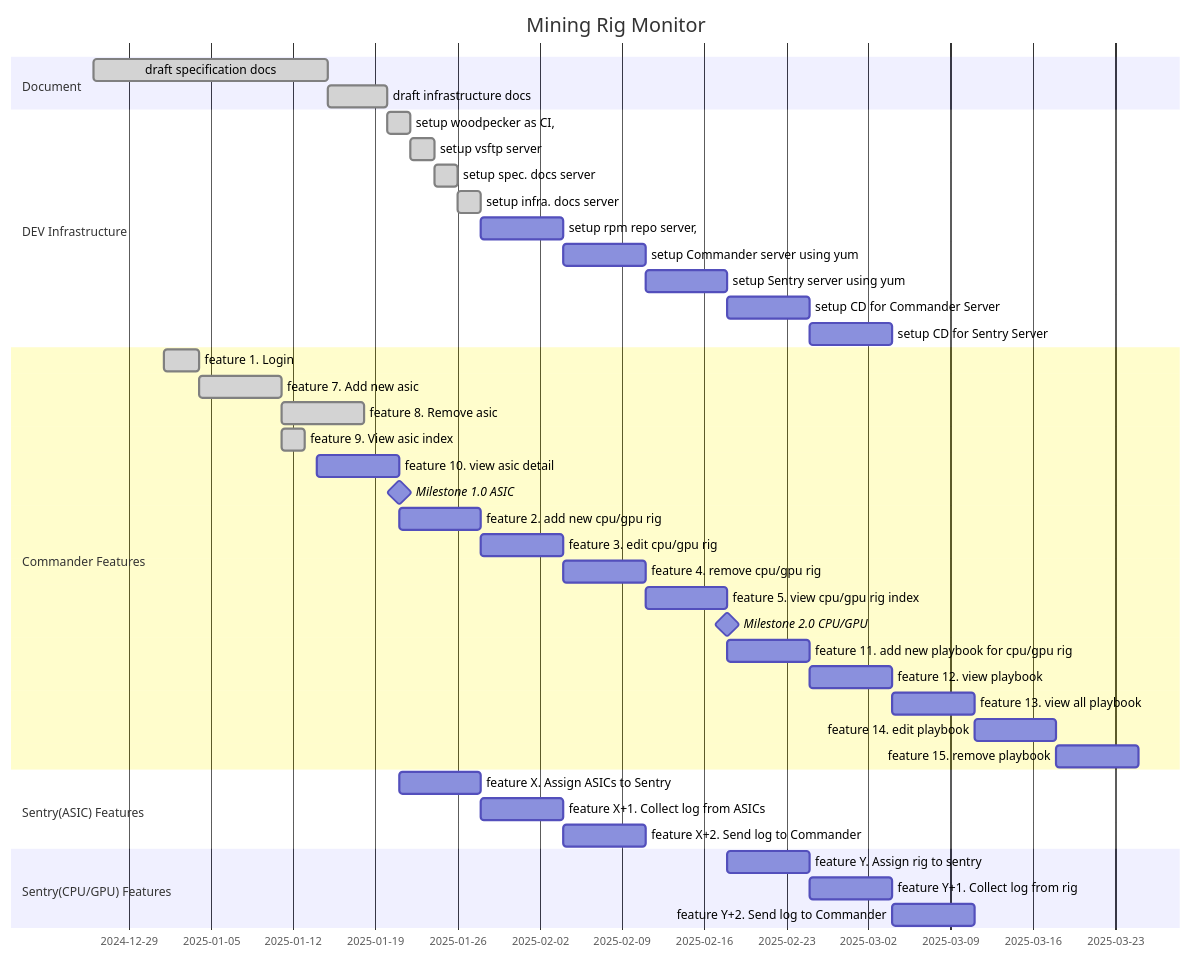
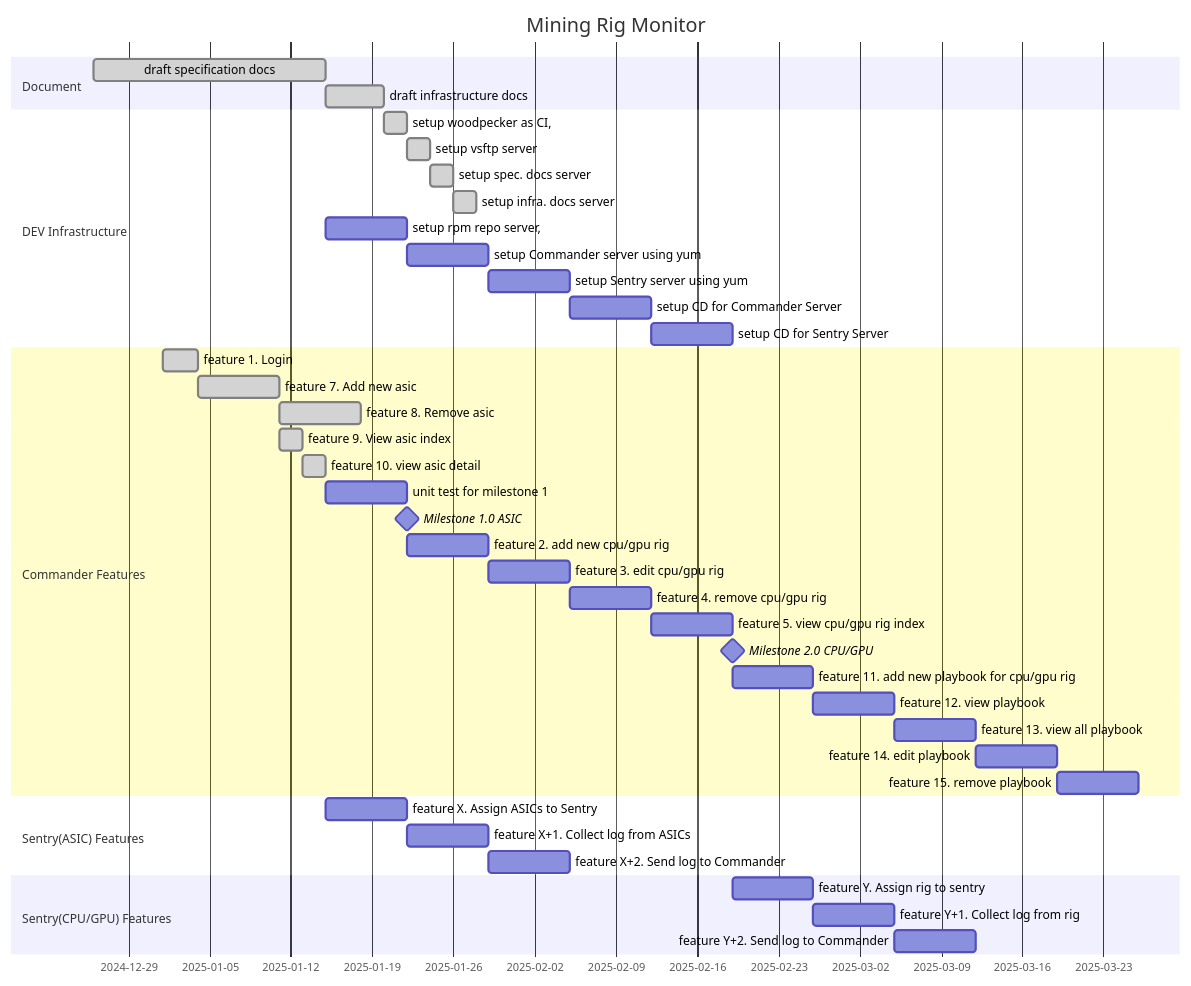
One commit to nguyenvinhlinh/Mining-Rig-Monitor-Document changed the diagram in docs/06-project-management.md. Above: the diagram before and after it, drawn with Mermaid. The commit also changed 3 other files, not shown here.

````diff
--- a/docs/06-project-management.md
+++ b/docs/06-project-management.md
@@ -8,53 +8,54 @@
 ```mermaid
 gantt
     title Mining Rig Monitor
     dateFormat YYYY-MM-DD
 
     section Document
         draft specification  docs      :done, wsd, 2024-12-26, 20d
         draft infrastructure docs      :done, wid, after wsd, 5d
     section DEV Infrastructure
         setup woodpecker as CI,        :done, swci, after wid, 2d
         setup vsftp server             :done, svsftp, after swci, 2d
         setup spec. docs server        :done, ssds, after svsftp, 2d
         setup infra. docs server       :done, sids, after ssds, 2d
-        setup rpm repo server,         :srps, after sids, 1w
+        setup rpm repo server,         :srps, after f10, 1w
 
         setup Commander server using yum :scs, after srps, 1w
         setup Sentry server using yum    :sss, after scs, 1w
         setup CD for Commander Server   :scdcs, after sss, 1w
         setup CD for Sentry Server      :scdss, after scdcs, 1w
     section Commander Features
         feature  1. Login              :done, f01, 2025-01-01, 3d
 
         feature  7. Add new asic       :done, f07, after f01, 1w
         feature  8. Remove asic        :done, f08, after f07, 1w
         feature  9. View asic index    :done, f09, 2025-01-11, 2025-01-13
-        feature 10. view asic detail   :f10, 2025-01-14, 1w
+        feature 10. view asic detail   :done, f10, 2025-01-13, 2025-01-15
+        unit test for milestone 1      :ut1, 2025-01-15, 1w
 
-        Milestone 1.0 ASIC: milestone, m1, after f10, 2m
+        Milestone 1.0 ASIC:            milestone, m1, after ut1, 2m
 
-        feature 2. add new cpu/gpu rig    :f02, after f10, 1w
+        feature 2. add new cpu/gpu rig    :f02, after m1, 1w
         feature 3. edit cpu/gpu rig       :f03, after f02, 1w
         feature 4. remove cpu/gpu rig     :f04, after f03, 1w
         feature 5. view cpu/gpu rig index :f05, after f04, 1w
 
         Milestone 2.0 CPU/GPU: milestone, m2, after f05, 2m
 
         feature 11. add new playbook for cpu/gpu rig  :f11, after f05, 1w
         feature 12. view playbook                     :f12, after f11, 1w
         feature 13. view all playbook                 :f13, after f12, 1w
         feature 14. edit playbook                     :f14, after f13, 1w
         feature 15. remove playbook                   :f15, after f14, 1w
 
     section Sentry(ASIC) Features
         feature X. Assign ASICs to Sentry    :fx,  after f10, 1w
         feature X+1. Collect log from ASICs  :fx1, after fx,  1w
         feature X+2. Send log to Commander   :fx2, after fx1, 1w
 
     section Sentry(CPU/GPU) Features
         feature Y. Assign rig to sentry    :fy, after f05, 1w
         feature Y+1. Collect log from rig  :fy1, after fy, 1w
         feature Y+2. Send log to Commander :fy2, after fy1, 1w
 
 ```
````
